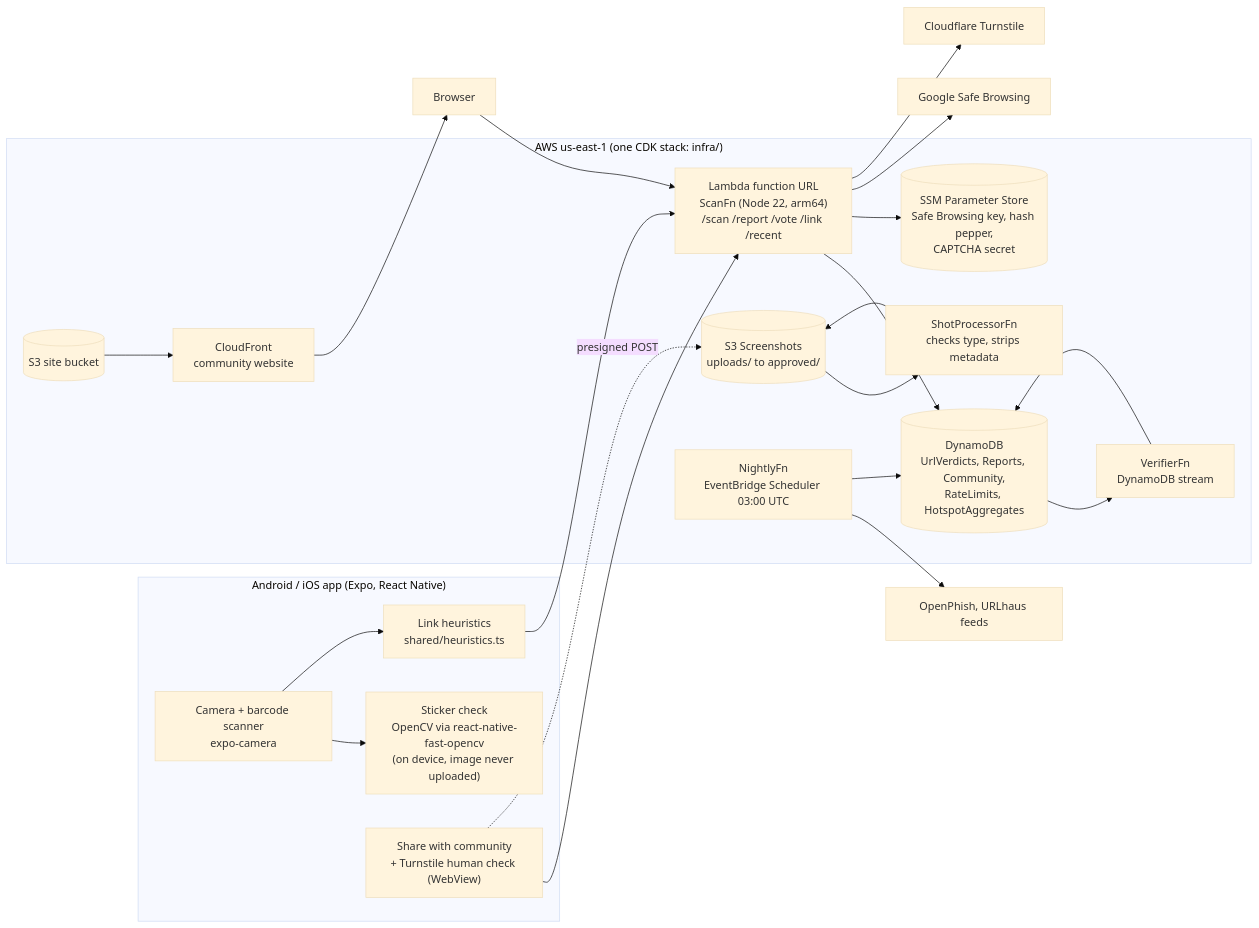
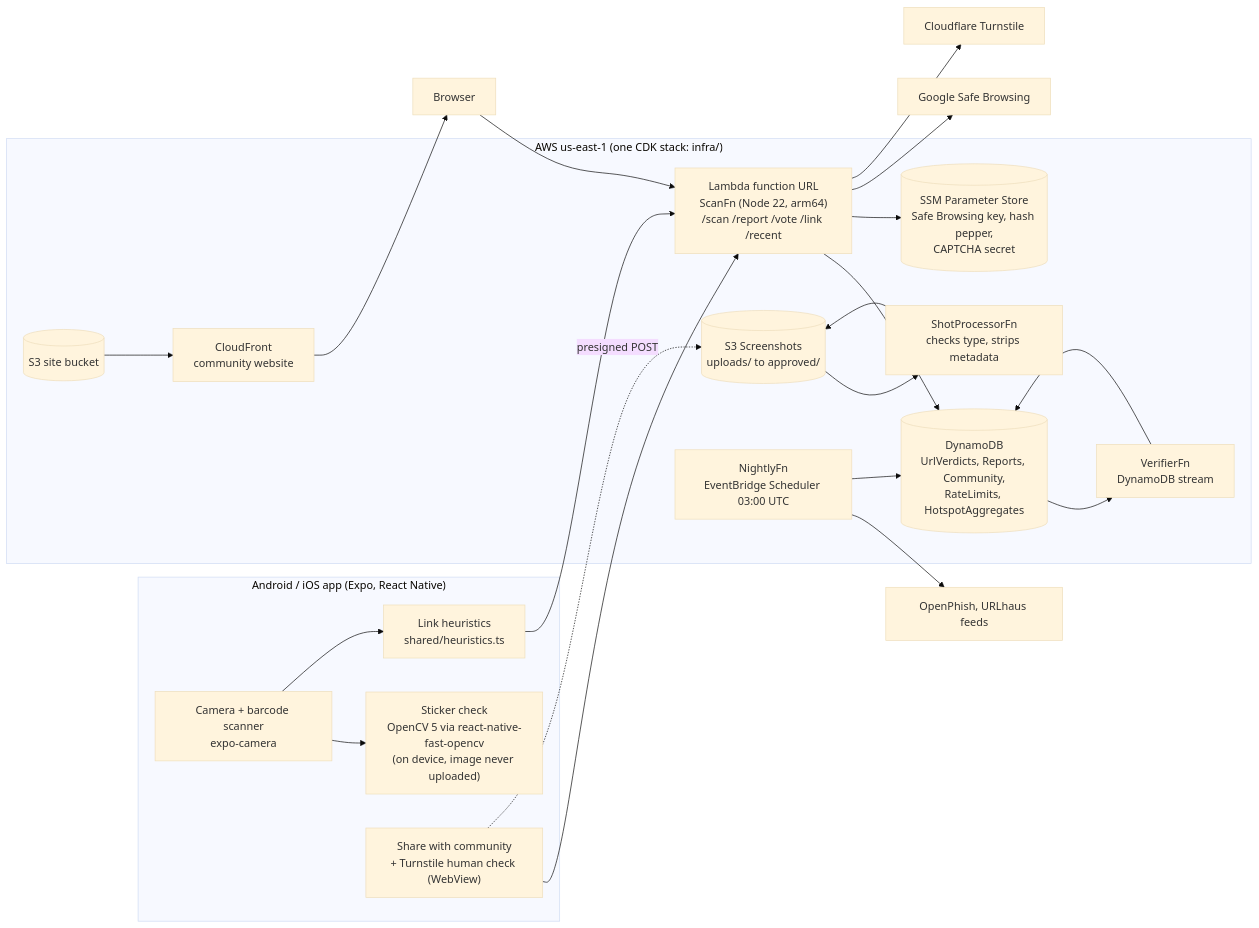
One commit to chimodo/safescan_aws changed the diagram in README.md. Above: the diagram before and after it, drawn with Mermaid (base theme). The commit also changed other lines of this file and 5 other files, not shown here.

````diff
--- a/README.md
+++ b/README.md
@@ -23,41 +23,41 @@
 ```mermaid
 flowchart LR
   subgraph Phone["Android / iOS app (Expo, React Native)"]
     Cam["Camera + barcode scanner<br/>expo-camera"]
-    CV["Sticker check<br/>OpenCV via react-native-fast-opencv<br/>(on device, image never uploaded)"]
+    CV["Sticker check<br/>OpenCV 5 via react-native-fast-opencv<br/>(on device, image never uploaded)"]
     Heur["Link heuristics<br/>shared/heuristics.ts"]
     Share["Share with community<br/>+ Turnstile human check (WebView)"]
   end
 
   subgraph AWS["AWS us-east-1 (one CDK stack: infra/)"]
     URL["Lambda function URL<br/>ScanFn (Node 22, arm64)<br/>/scan /report /vote /link /recent"]
     DDB[("DynamoDB<br/>UrlVerdicts, Reports, Community,<br/>RateLimits, HotspotAggregates")]
     SSM[("SSM Parameter Store<br/>Safe Browsing key, hash pepper,<br/>CAPTCHA secret")]
     Shots[("S3 Screenshots<br/>uploads/ to approved/")]
     ShotFn["ShotProcessorFn<br/>checks type, strips metadata"]
     Verifier["VerifierFn<br/>DynamoDB stream"]
     Nightly["NightlyFn<br/>EventBridge Scheduler 03:00 UTC"]
     Site[("S3 site bucket")]
     CDN["CloudFront<br/>community website"]
   end
 
   GSB["Google Safe Browsing"]
   Feeds["OpenPhish, URLhaus feeds"]
   TS["Cloudflare Turnstile"]
   Web["Browser"]
 
   Cam --> CV
   Cam --> Heur --> URL
   Share --> URL
   Share -. presigned POST .-> Shots
   URL --> DDB
   URL --> SSM
   URL --> GSB
   URL --> TS
   Shots --> ShotFn --> Shots
   DDB --> Verifier --> DDB
   Nightly --> Feeds
   Nightly --> DDB
   Site --> CDN --> Web
   Web --> URL
 ```
````
